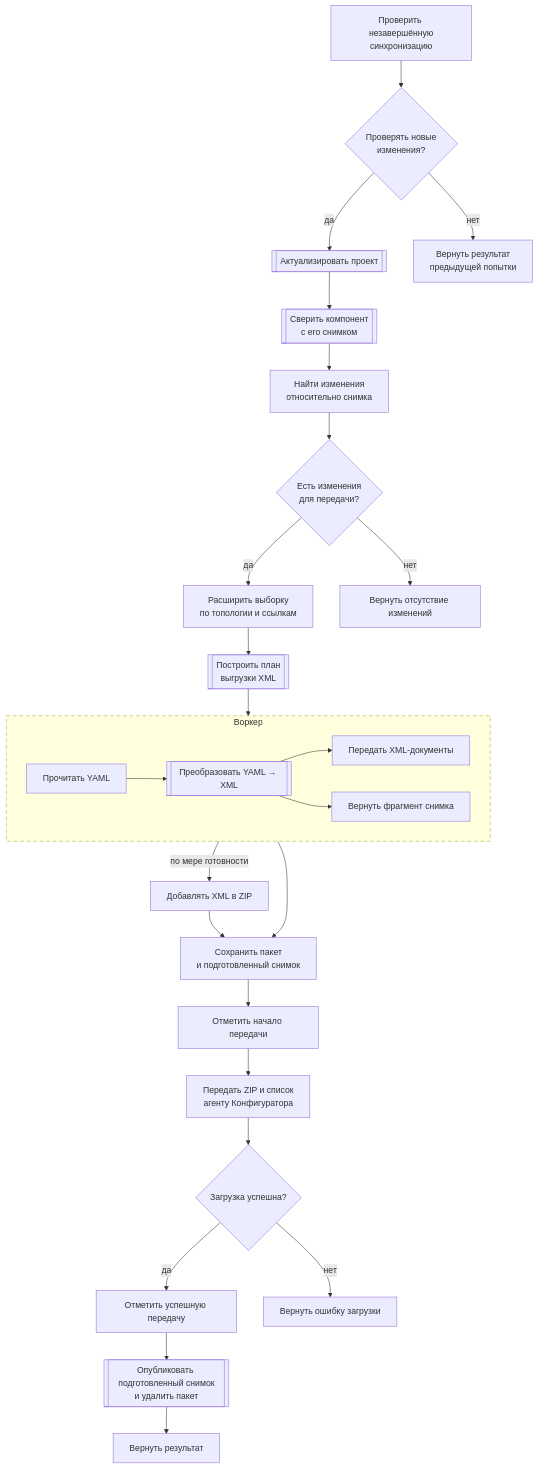
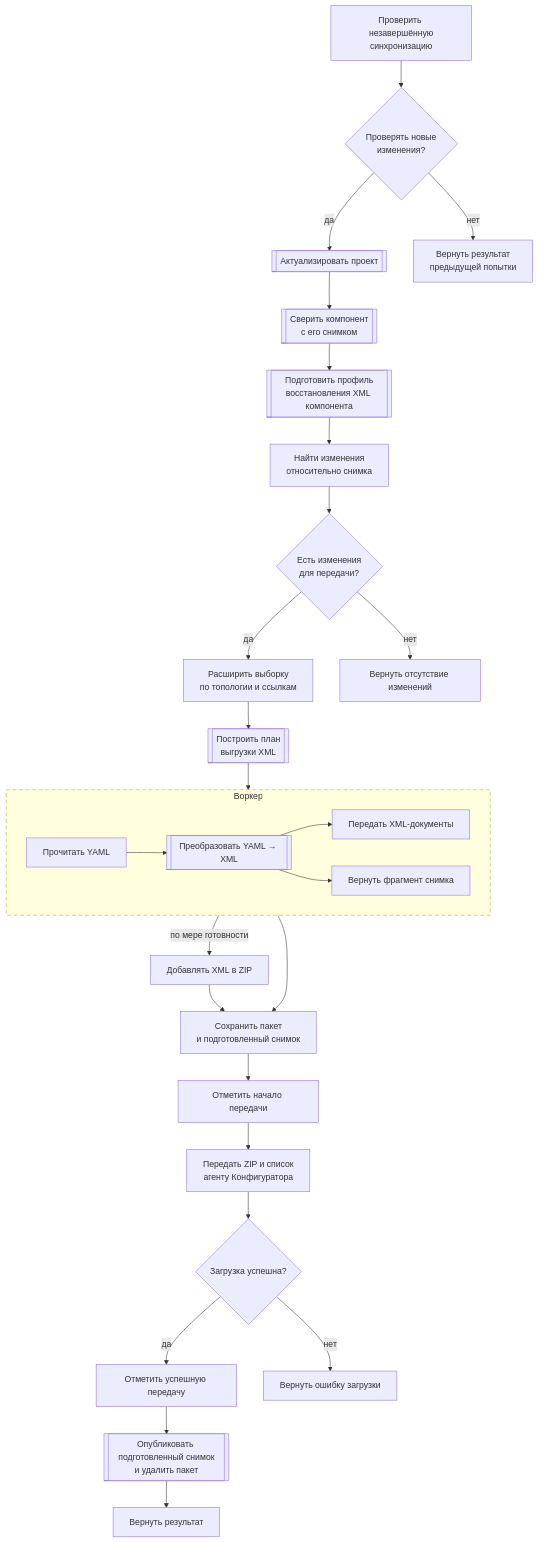
Before and after one commit to crimsongoldteam/nkdk: the tenth of 12 diagrams in .agents/architecture.md, drawn with Mermaid. The commit also changed other lines of this file and 1 other file, not shown here.

First line of the commit message:
docs: :memo: описать общий профиль восстановления XML

````diff
--- a/.agents/architecture.md
+++ b/.agents/architecture.md
@@ -315,43 +345,44 @@
 ```mermaid
 flowchart TD
   pending["Проверить незавершённую<br/>синхронизацию"]
   proceed{"Проверять новые<br/>изменения?"}
   validate[["Актуализировать проект"]]
   target[["Сверить компонент<br/>с его снимком"]]
   changes["Найти изменения<br/>относительно снимка"]
   work{"Есть изменения<br/>для передачи?"}
   impact["Расширить выборку<br/>по топологии и ссылкам"]
+  profile[["Подготовить профиль<br/>восстановления XML компонента"]]
   plan[["Построить план<br/>выгрузки XML"]]
 
   subgraph partialSyncJob["Воркер"]
     direction LR
     readYaml["Прочитать YAML"] --> toXml[["Преобразовать YAML → XML"]]
     toXml --> document["Передать XML-документы"]
     toXml --> fragment["Вернуть фрагмент снимка"]
   end
 
   archive["Добавлять XML в ZIP"]
   prepared["Сохранить пакет<br/>и подготовленный снимок"]
   noChanges["Вернуть отсутствие изменений"]
   previous["Вернуть результат<br/>предыдущей попытки"]
   transferring["Отметить начало передачи"]
   load["Передать ZIP и список<br/>агенту Конфигуратора"]
   outcome{"Загрузка успешна?"}
   applied["Отметить успешную передачу"]
   publish[["Опубликовать подготовленный снимок<br/>и удалить пакет"]]
   result["Вернуть результат"]
   failure["Вернуть ошибку загрузки"]
 
   pending --> proceed
   proceed -- "да" --> validate
   proceed -- "нет" --> previous
-  validate --> target --> changes --> work
+  validate --> target --> profile --> changes --> work
   work -- "да" --> impact --> plan --> readYaml
   work -- "нет" --> noChanges
   document -- "по мере готовности" --> archive --> prepared
   fragment --> prepared
   prepared --> transferring --> load --> outcome
   outcome -- "да" --> applied --> publish --> result
   outcome -- "нет" --> failure
   style partialSyncJob stroke-dasharray: 7 5
 ```
````
